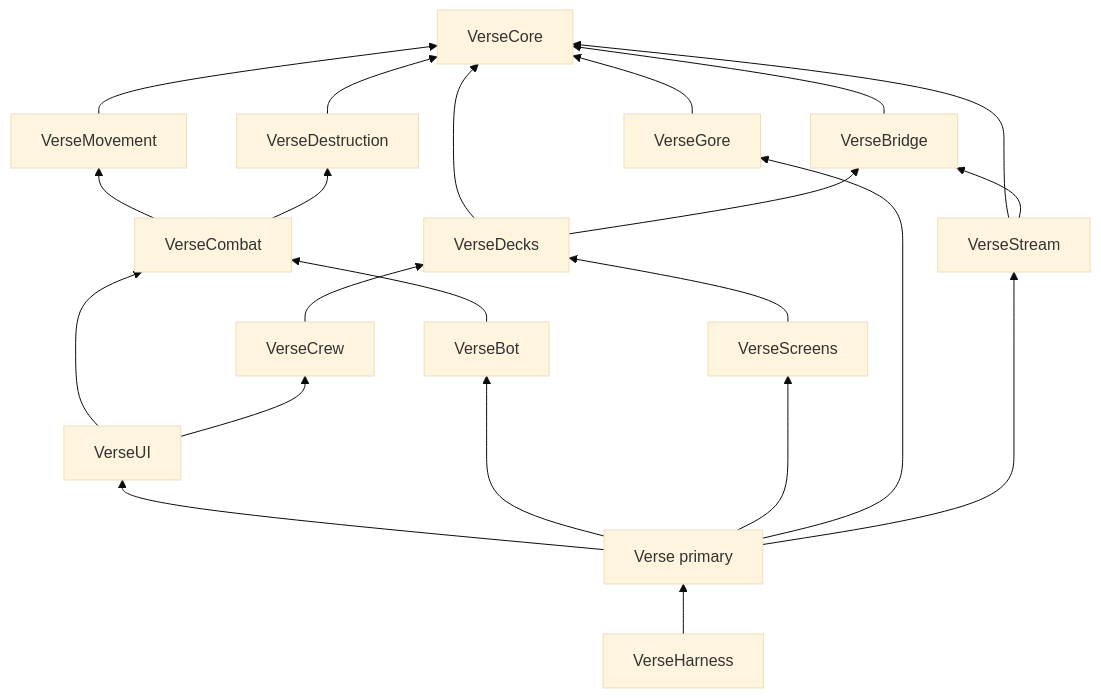
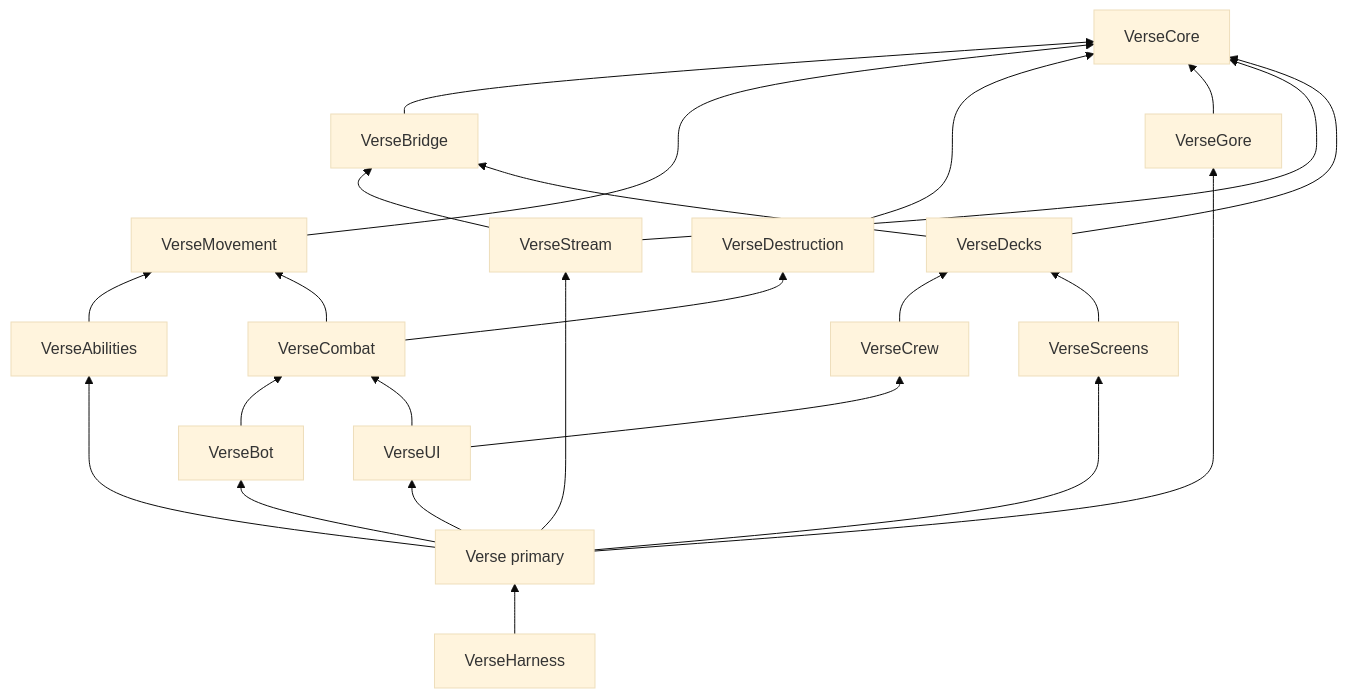
Before and after one commit to Dodaios/Dodaios: the third of 5 diagrams in docs/verse/unreal/architecture.md, drawn with Mermaid (base theme). The commit also changed other lines of this file and 24 other files, not shown here.

First line of the commit message:
feat(verse): Arc Storm on the commander in a new VerseAbilities module

````diff
--- a/docs/verse/unreal/architecture.md
+++ b/docs/verse/unreal/architecture.md
@@ -118,25 +119,27 @@
 ```mermaid
 flowchart BT
   Core[VerseCore]
   Bridge[VerseBridge] --> Core
   Move[VerseMovement] --> Core
   Dest[VerseDestruction] --> Core
   Gore[VerseGore] --> Core
   Stream[VerseStream] --> Core
   Stream --> Bridge
+  Abil[VerseAbilities] --> Move
   Decks[VerseDecks] --> Core
   Decks --> Bridge
   Combat[VerseCombat] --> Move
   Combat --> Dest
   Crew[VerseCrew] --> Decks
   Screens[VerseScreens] --> Decks
   Bot[VerseBot] --> Combat
   UI[VerseUI] --> Combat
   UI --> Crew
   Verse[Verse primary] --> UI
   Verse --> Bot
   Verse --> Screens
   Verse --> Gore
   Verse --> Stream
+  Verse --> Abil
   Harness[VerseHarness] --> Verse
 ```
````
